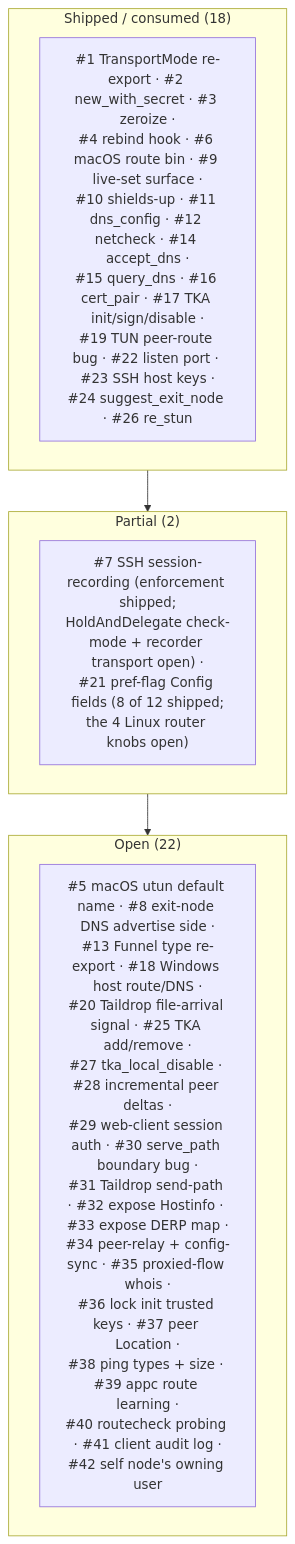
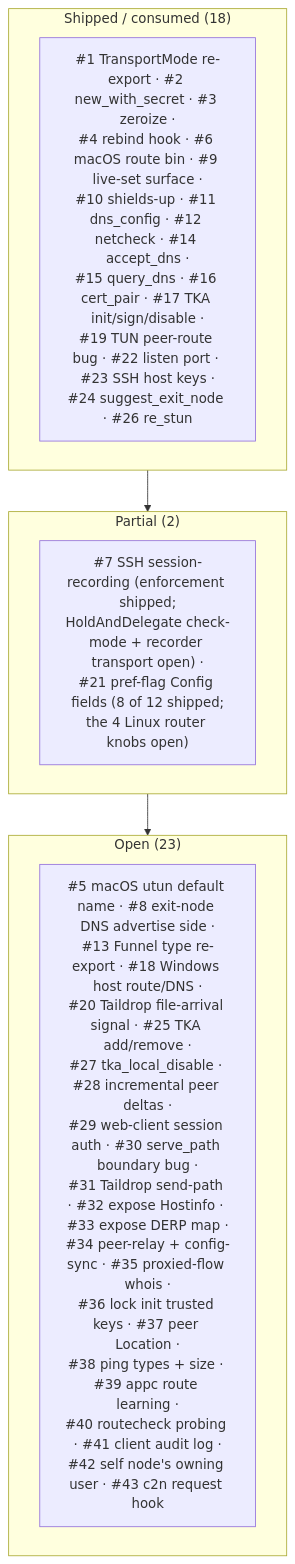
One commit to GeiserX/tailscaled-rs changed the third of 3 diagrams in docs/PARITY_GAP_ANALYSIS.md. Above: the diagram before and after it, drawn with Mermaid. The commit also changed other lines of this file and 1 other file, not shown here.

````diff
--- a/docs/PARITY_GAP_ANALYSIS.md
+++ b/docs/PARITY_GAP_ANALYSIS.md
@@ -335,13 +364,13 @@
 ```mermaid
 flowchart TB
     subgraph SHIPPED["Shipped / consumed (18)"]
         S["#1 TransportMode re-export · #2 new_with_secret · #3 zeroize ·<br/>#4 rebind hook · #6 macOS route bin · #9 live-set surface ·<br/>#10 shields-up · #11 dns_config · #12 netcheck · #14 accept_dns ·<br/>#15 query_dns · #16 cert_pair · #17 TKA init/sign/disable ·<br/>#19 TUN peer-route bug · #22 listen port · #23 SSH host keys ·<br/>#24 suggest_exit_node · #26 re_stun"]
     end
     subgraph PARTIAL["Partial (2)"]
         P["#7 SSH session-recording (enforcement shipped;<br/>HoldAndDelegate check-mode + recorder transport open) ·<br/>#21 pref-flag Config fields (8 of 12 shipped;<br/>the 4 Linux router knobs open)"]
     end
-    subgraph OPEN["Open (22)"]
-        O["#5 macOS utun default name · #8 exit-node DNS advertise side ·<br/>#13 Funnel type re-export · #18 Windows host route/DNS ·<br/>#20 Taildrop file-arrival signal · #25 TKA add/remove ·<br/>#27 tka_local_disable · #28 incremental peer deltas ·<br/>#29 web-client session auth · #30 serve_path boundary bug ·<br/>#31 Taildrop send-path · #32 expose Hostinfo · #33 expose DERP map ·<br/>#34 peer-relay + config-sync · #35 proxied-flow whois ·<br/>#36 lock init trusted keys · #37 peer Location ·<br/>#38 ping types + size · #39 appc route learning ·<br/>#40 routecheck probing · #41 client audit log ·<br/>#42 self node's owning user"]
+    subgraph OPEN["Open (23)"]
+        O["#5 macOS utun default name · #8 exit-node DNS advertise side ·<br/>#13 Funnel type re-export · #18 Windows host route/DNS ·<br/>#20 Taildrop file-arrival signal · #25 TKA add/remove ·<br/>#27 tka_local_disable · #28 incremental peer deltas ·<br/>#29 web-client session auth · #30 serve_path boundary bug ·<br/>#31 Taildrop send-path · #32 expose Hostinfo · #33 expose DERP map ·<br/>#34 peer-relay + config-sync · #35 proxied-flow whois ·<br/>#36 lock init trusted keys · #37 peer Location ·<br/>#38 ping types + size · #39 appc route learning ·<br/>#40 routecheck probing · #41 client audit log ·<br/>#42 self node's owning user · #43 c2n request hook"]
     end
     SHIPPED --> PARTIAL --> OPEN
 ```
````
